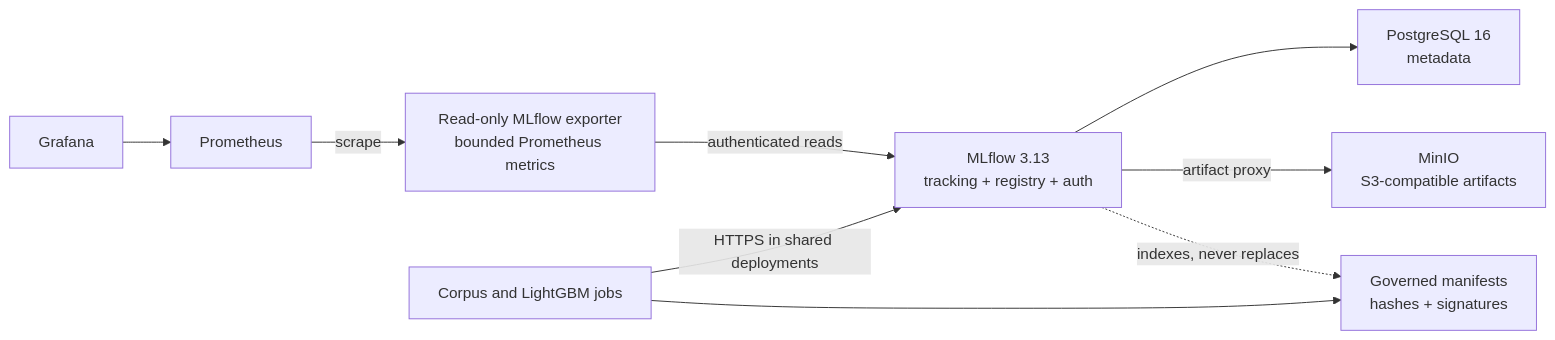
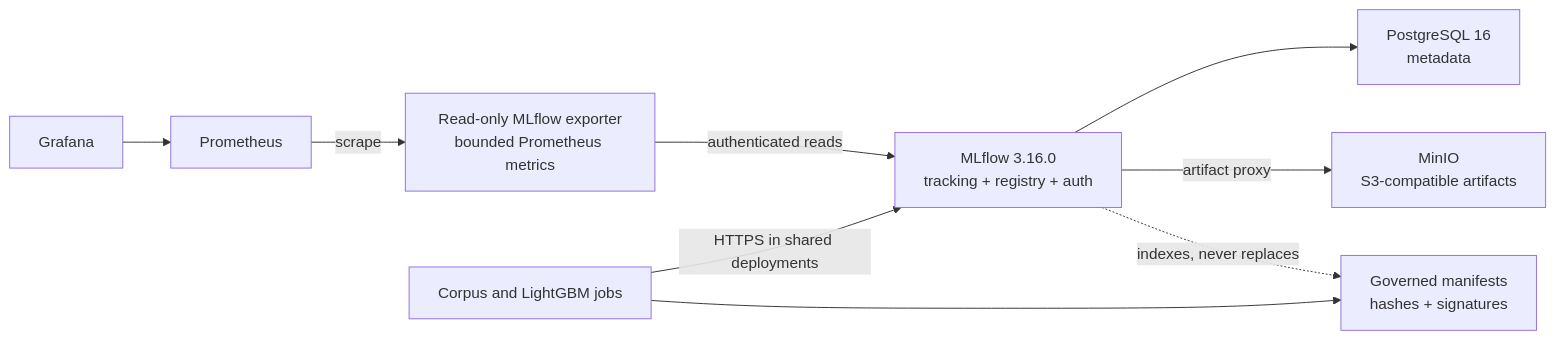
Before and after one commit to khab40/lob-arena: the diagram in docs/ml/mlflow-tracking-server.md, drawn with Mermaid. The commit also changed other lines of this file and 17 other files, not shown here.

````diff
--- a/docs/ml/mlflow-tracking-server.md
+++ b/docs/ml/mlflow-tracking-server.md
@@ -11,20 +16,20 @@
 ```mermaid
 flowchart LR
     Clients["Corpus and LightGBM jobs"]
-    MLflow["MLflow 3.13<br/>tracking + registry + auth"]
+    MLflow["MLflow 3.16.0<br/>tracking + registry + auth"]
     PostgreSQL["PostgreSQL 16<br/>metadata"]
     MinIO["MinIO<br/>S3-compatible artifacts"]
     Exporter["Read-only MLflow exporter<br/>bounded Prometheus metrics"]
     Prometheus["Prometheus"]
     Grafana["Grafana"]
     Contracts["Governed manifests<br/>hashes + signatures"]
 
     Clients -->|"HTTPS in shared deployments"| MLflow
     MLflow --> PostgreSQL
     MLflow -->|"artifact proxy"| MinIO
     Exporter -->|"authenticated reads"| MLflow
     Prometheus -->|"scrape"| Exporter
     Grafana --> Prometheus
     Clients --> Contracts
     MLflow -. "indexes, never replaces" .-> Contracts
 ```
````
